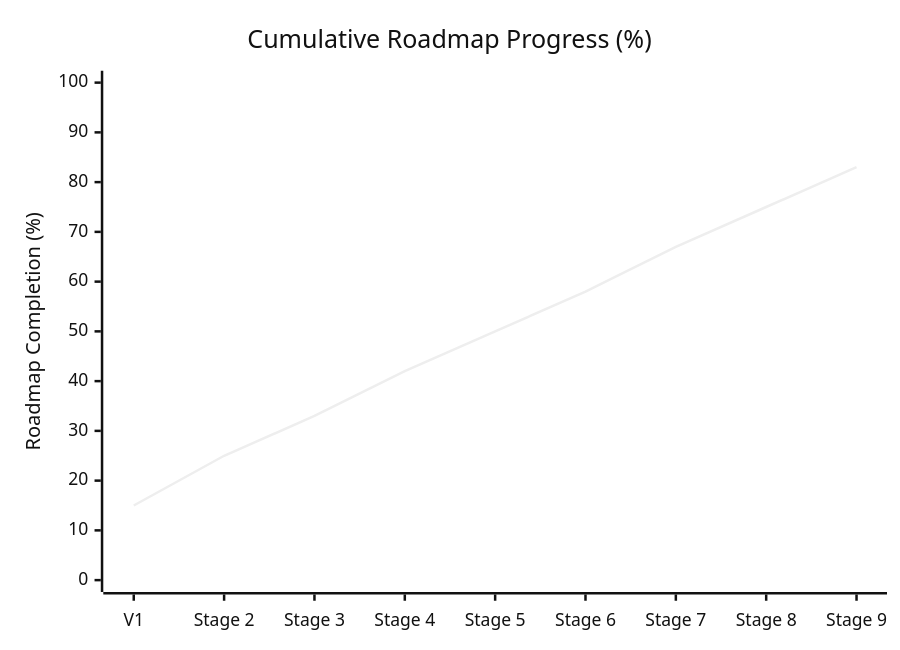
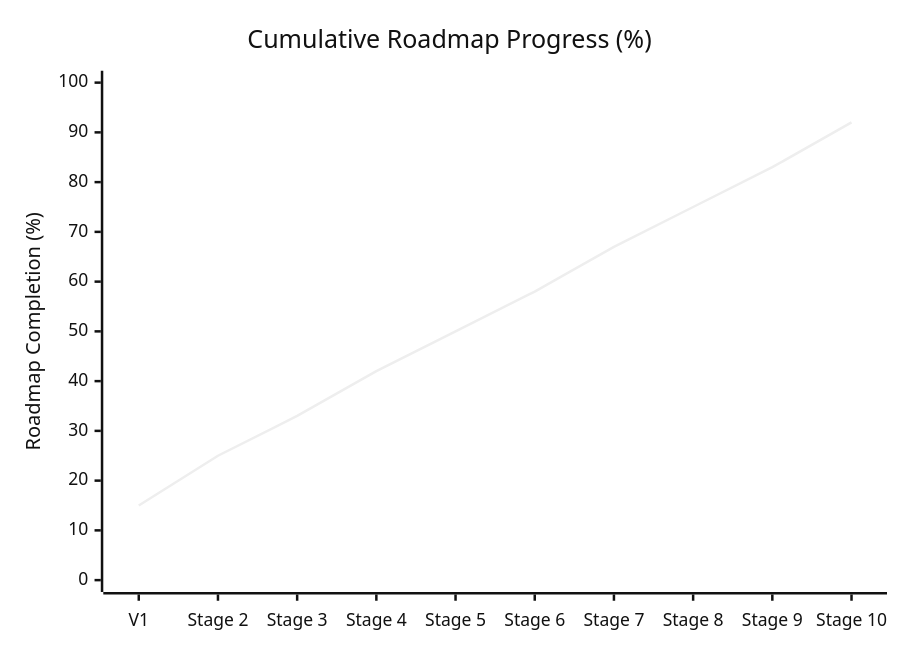
One commit to Rx4445/job-agent- changed the third of 3 diagrams in METRICS.md. Above: the diagram before and after it, drawn with Mermaid (neutral theme). The commit also changed other lines of this file and 4 other files, not shown here.

````diff
--- a/METRICS.md
+++ b/METRICS.md
@@ -28,7 +28,7 @@
 ```mermaid
 xychart-beta
     title "Cumulative Roadmap Progress (%)"
-    x-axis ["V1", "Stage 2", "Stage 3", "Stage 4", "Stage 5", "Stage 6", "Stage 7", "Stage 8", "Stage 9"]
+    x-axis ["V1", "Stage 2", "Stage 3", "Stage 4", "Stage 5", "Stage 6", "Stage 7", "Stage 8", "Stage 9", "Stage 10"]
     y-axis "Roadmap Completion (%)" 0 --> 100
-    line [15, 25, 33, 42, 50, 58, 67, 75, 83]
+    line [15, 25, 33, 42, 50, 58, 67, 75, 83, 92]
 ```
````
